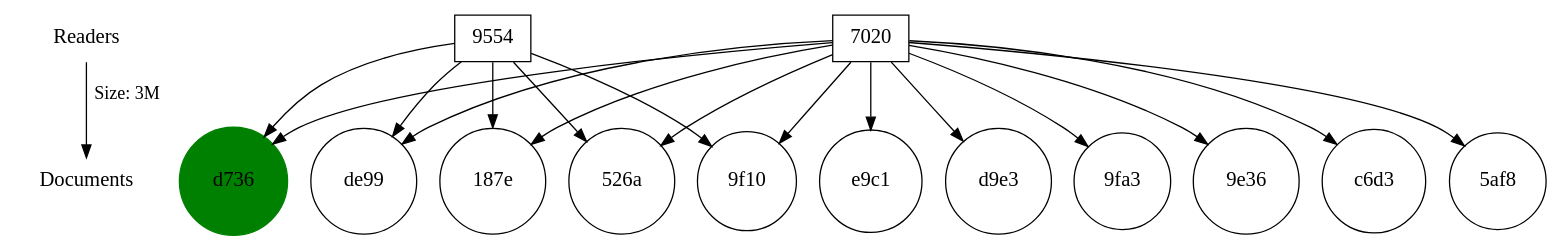
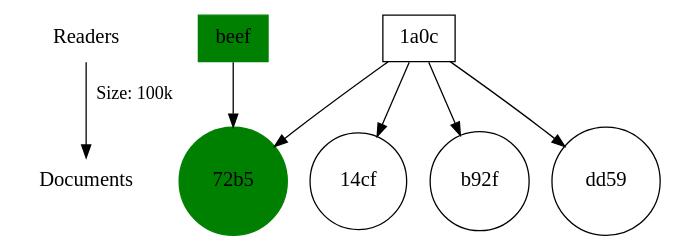
Before and after one commit to duncstin/F21SC_Coursework2: the diagram in test-output.gv, drawn with Graphviz. The commit also changed 6 other files, not shown here.

```diff
--- a/test-output.gv
+++ b/test-output.gv
@@ -1,59 +1,21 @@
 strict digraph "Also likes" {
 	node [fontsize=16 shape=plaintext]
 	r [label=Readers]
 	d [label=Documents]
-	r -> d [label="Size: 3M"]
-	d736 [label=d736 color=green rank=d shape=circle style=filled]
-	de99 [label=de99 rank=d shape=circle]
-	9554 [label=9554 rank=r shape=box]
-	9554 -> de99
-	9554 -> d736
-	7020 [label=7020 rank=r shape=box]
-	7020 -> de99
-	7020 -> d736
-	"187e" [label="187e" rank=d shape=circle]
-	9554 [label=9554 rank=r shape=box]
-	9554 -> "187e"
-	9554 -> d736
-	7020 [label=7020 rank=r shape=box]
-	7020 -> "187e"
-	7020 -> d736
-	"526a" [label="526a" rank=d shape=circle]
-	9554 [label=9554 rank=r shape=box]
-	9554 -> "526a"
-	9554 -> d736
-	7020 [label=7020 rank=r shape=box]
-	7020 -> "526a"
-	7020 -> d736
-	"9f10" [label="9f10" rank=d shape=circle]
-	9554 [label=9554 rank=r shape=box]
-	9554 -> "9f10"
-	9554 -> d736
-	7020 [label=7020 rank=r shape=box]
-	7020 -> "9f10"
-	7020 -> d736
-	e9c1 [label=e9c1 rank=d shape=circle]
-	7020 [label=7020 rank=r shape=box]
-	7020 -> e9c1
-	7020 -> d736
-	d9e3 [label=d9e3 rank=d shape=circle]
-	7020 [label=7020 rank=r shape=box]
-	7020 -> d9e3
-	7020 -> d736
-	"9fa3" [label="9fa3" rank=d shape=circle]
-	7020 [label=7020 rank=r shape=box]
-	7020 -> "9fa3"
-	7020 -> d736
-	"9e36" [label="9e36" rank=d shape=circle]
-	7020 [label=7020 rank=r shape=box]
-	7020 -> "9e36"
-	7020 -> d736
-	c6d3 [label=c6d3 rank=d shape=circle]
-	7020 [label=7020 rank=r shape=box]
-	7020 -> c6d3
-	7020 -> d736
-	"5af8" [label="5af8" rank=d shape=circle]
-	7020 [label=7020 rank=r shape=box]
-	7020 -> "5af8"
-	7020 -> d736
+	r -> d [label="Size: 100k"]
+	"72b5" [label="72b5" color=green rank=d shape=circle style=filled]
+	beef [label=beef color=green rank=r shape=box style=filled]
+	beef -> "72b5"
+	"14cf" [label="14cf" rank=d shape=circle]
+	"1a0c" [label="1a0c" rank=r shape=box]
+	"1a0c" -> "14cf"
+	"1a0c" -> "72b5"
+	b92f [label=b92f rank=d shape=circle]
+	"1a0c" [label="1a0c" rank=r shape=box]
+	"1a0c" -> b92f
+	"1a0c" -> "72b5"
+	dd59 [label=dd59 rank=d shape=circle]
+	"1a0c" [label="1a0c" rank=r shape=box]
+	"1a0c" -> dd59
+	"1a0c" -> "72b5"
 }
```
